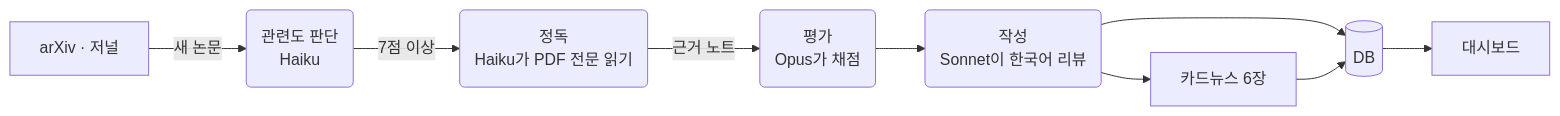
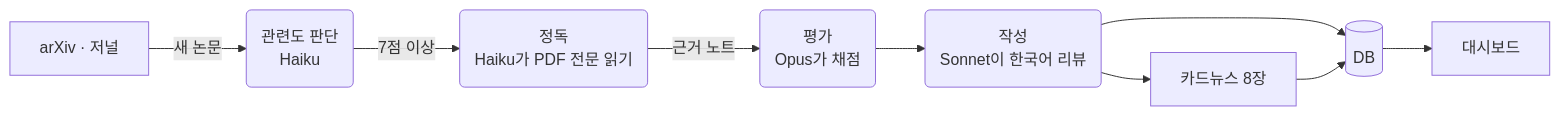
One commit to SeonGyuJang/STAR_WARS changed the diagram in README.md. Above: the diagram before and after it, drawn with Mermaid. The commit also changed other lines of this file and 10 other files, not shown here.

````diff
--- a/README.md
+++ b/README.md
@@ -48,11 +48,11 @@
 ```mermaid
 flowchart LR
     A[arXiv · 저널] -->|새 논문| B(관련도 판단<br/>Haiku)
     B -->|7점 이상| C(정독<br/>Haiku가 PDF 전문 읽기)
     C -->|근거 노트| D(평가<br/>Opus가 채점)
     D --> E(작성<br/>Sonnet이 한국어 리뷰)
-    E --> F[카드뉴스 6장]
+    E --> F[카드뉴스 8장]
     E --> G[(DB)]
     F --> G
     G --> H[대시보드]
 ```
````
